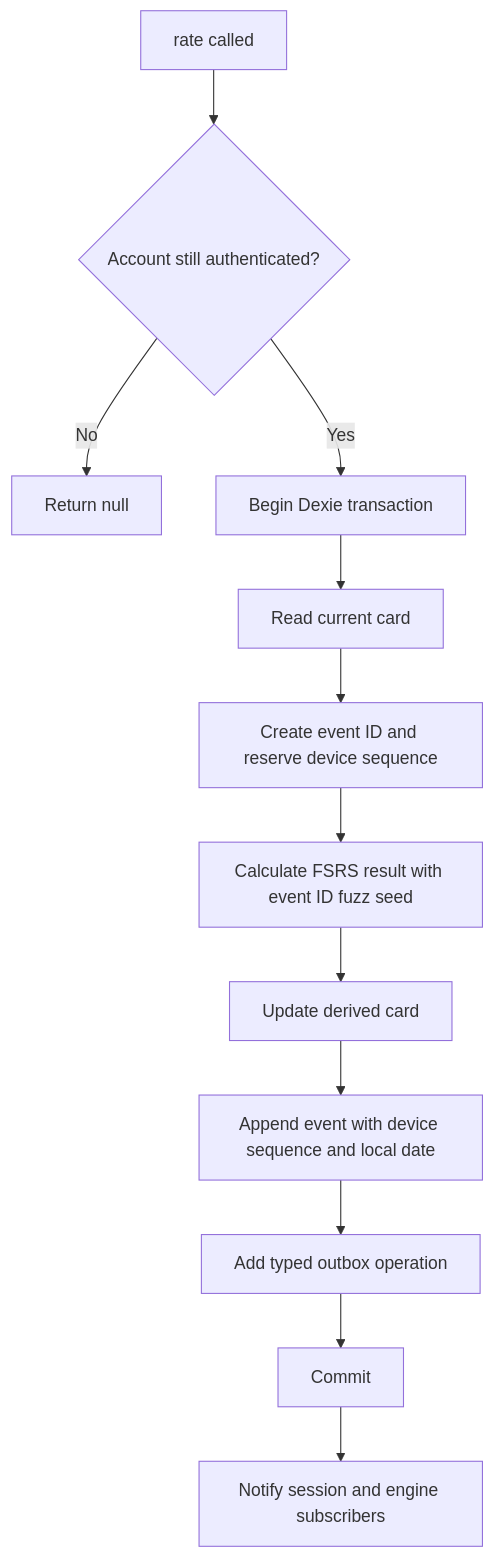
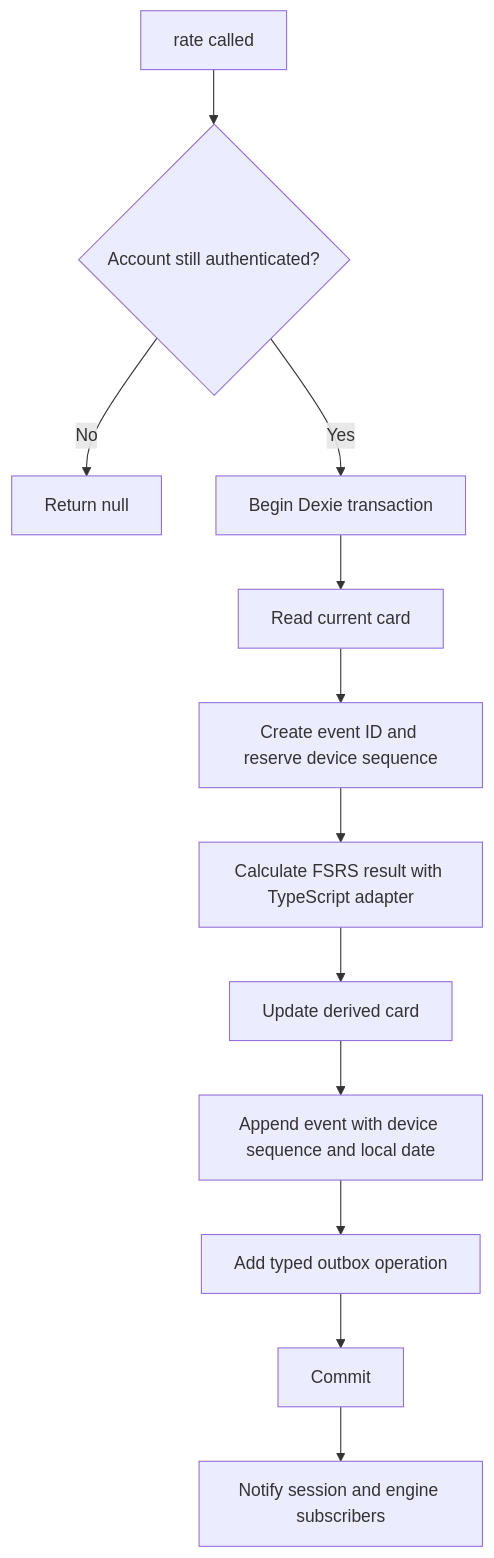
Before and after one commit to PikaPikaGems/kanji-heatmap: the fifth of 11 diagrams in docs/notes/STUDY-ENGINE-PLAN-V2.md, drawn with Mermaid. The commit also changed other lines of this file and 2 other files, not shown here.

First line of the commit message:
Adopt 90-day review-event cold archival into the study engine V2 plan.

````diff
--- a/docs/notes/STUDY-ENGINE-PLAN-V2.md
+++ b/docs/notes/STUDY-ENGINE-PLAN-V2.md
@@ -606,14 +757,14 @@
 ```mermaid
 flowchart TD
     Start[rate called] --> AuthCheck{Account still authenticated?}
     AuthCheck -->|No| NullResult[Return null]
     AuthCheck -->|Yes| Tx[Begin Dexie transaction]
     Tx --> ReadCard[Read current card]
     ReadCard --> EventIdentity["Create event ID and reserve device sequence"]
-    EventIdentity --> Calculate["Calculate FSRS result with event ID fuzz seed"]
+    EventIdentity --> Calculate["Calculate FSRS result with TypeScript adapter"]
     Calculate --> SaveCard[Update derived card]
     SaveCard --> AddEvent["Append event with device sequence and local date"]
     AddEvent --> AddOutbox[Add typed outbox operation]
     AddOutbox --> Commit[Commit]
     Commit --> Notify[Notify session and engine subscribers]
 ```
````
